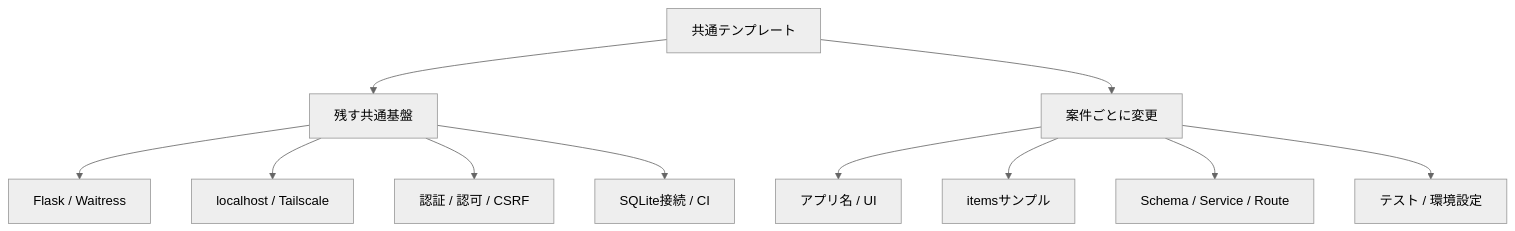
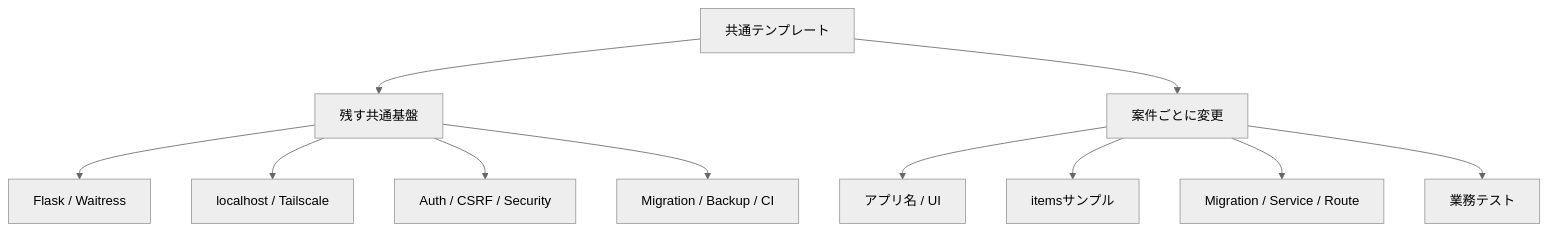
Before and after one commit to k-systems202208/python-sqlite-tailscale-webapp-template: the first of 5 diagrams in docs/CUSTOMIZING.md, drawn with Mermaid (neutral theme). The commit also changed other lines of this file and 42 other files, not shown here.

````diff
--- a/docs/CUSTOMIZING.md
+++ b/docs/CUSTOMIZING.md
@@ -9,15 +9,13 @@
 ```mermaid
 flowchart TD
     T["共通テンプレート"] --> K["残す共通基盤"]
     T --> C["案件ごとに変更"]
-
     K --> K1["Flask / Waitress"]
     K --> K2["localhost / Tailscale"]
-    K --> K3["認証 / 認可 / CSRF"]
-    K --> K4["SQLite接続 / CI"]
-
+    K --> K3["Auth / CSRF / Security"]
+    K --> K4["Migration / Backup / CI"]
     C --> C1["アプリ名 / UI"]
     C --> C2["itemsサンプル"]
-    C --> C3["Schema / Service / Route"]
-    C --> C4["テスト / 環境設定"]
+    C --> C3["Migration / Service / Route"]
+    C --> C4["業務テスト"]
 ```
````
